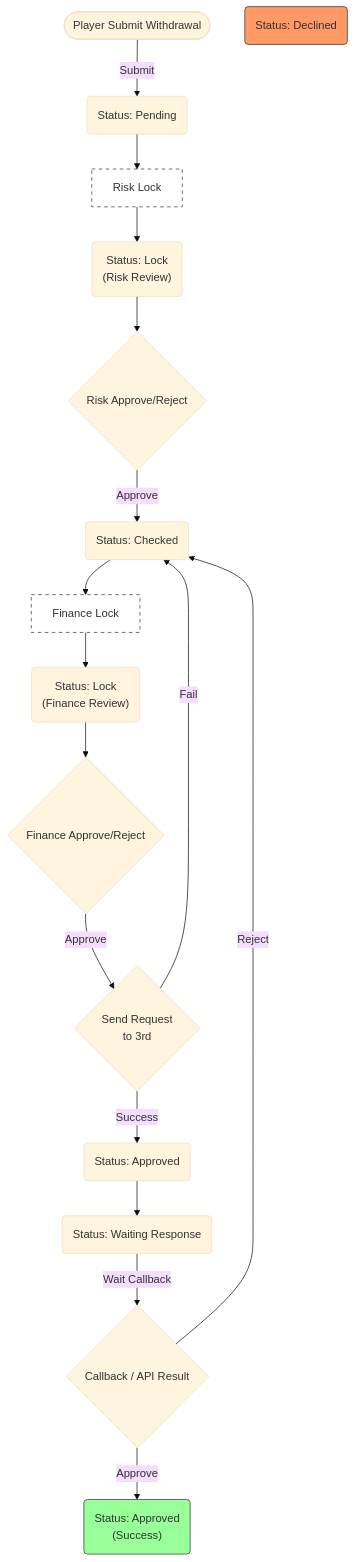
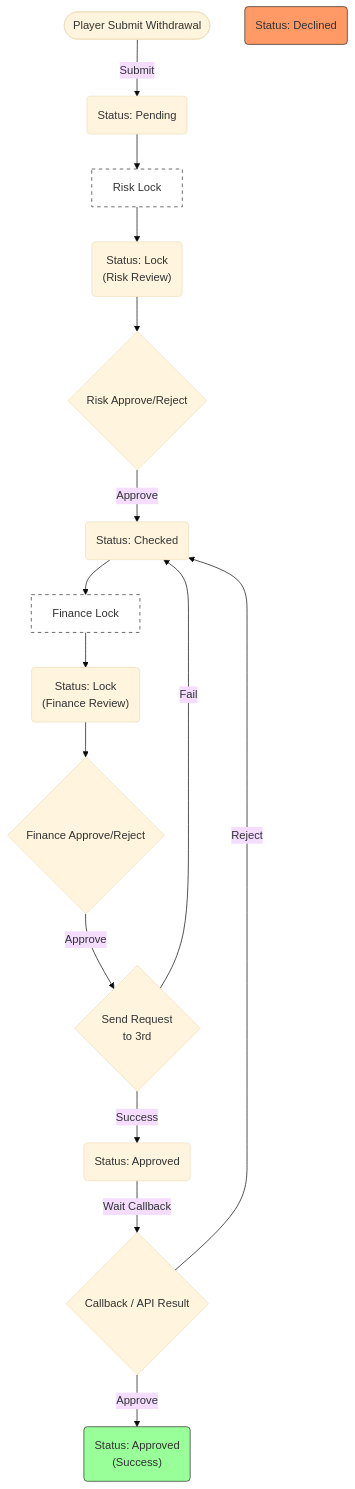
One commit to almightyken0425/SuSuGiGiSpec changed the first of 2 diagrams in no99_archive/sitflowchart.md. Above: the diagram before and after it, drawn with Mermaid (base theme). The commit also changed other lines of this file, not shown here.

````diff
--- a/no99_archive/sitflowchart.md
+++ b/no99_archive/sitflowchart.md
@@ -30,54 +29,52 @@
 ```mermaid
 graph TD
     %% 節點定義
     Start(["Player Submit Withdrawal"])
     Pending("Status: Pending")
     
     RiskLockActionBox["Risk Lock"]
     RiskLock("Status: Lock<br/>(Risk Review)")
     
     RiskAction{"Risk Approve/Reject"}
     Checked("Status: Checked")
     
     FinanceLockActionBox["Finance Lock"]
     FinanceLock("Status: Lock<br/>(Finance Review)")
     
     FinanceAction{"Finance Approve/Reject"}
     RequestAction{"Send Request<br/>to 3rd"}
     FinanceApproved("Status: Approved")
-    WaitResponse("Status: Waiting Response")
     
     Decline("Status: Declined")
     Success("Status: Approved<br/>(Success)")
     Callback{"Callback / API Result"}
 
     Start -->|"Submit"| Pending
     
     Pending --> RiskLockActionBox
     RiskLockActionBox --> RiskLock
     
     RiskLock --> RiskAction
     
     RiskAction -->|"Approve"| Checked
     
     Checked --> FinanceLockActionBox
     FinanceLockActionBox --> FinanceLock
     
     FinanceLock --> FinanceAction
     
     FinanceAction -->|"Approve"| RequestAction
     
     RequestAction -->|"Success"| FinanceApproved
     RequestAction -->|"Fail"| Checked
     
-    FinanceApproved --> WaitResponse
-    WaitResponse -->|"Wait Callback"| Callback
+    FinanceApproved -->|"Wait Callback"| Callback
 
     Callback -->|"Approve"| Success
     Callback -->|"Reject"| Checked
 
     style Decline fill:#f96,stroke:#333
     style Success fill:#9f9,stroke:#333
     style RiskLockActionBox fill:#fff,stroke:#333,stroke-dasharray: 5 5
     style FinanceLockActionBox fill:#fff,stroke:#333,stroke-dasharray: 5 5
 ```
````
